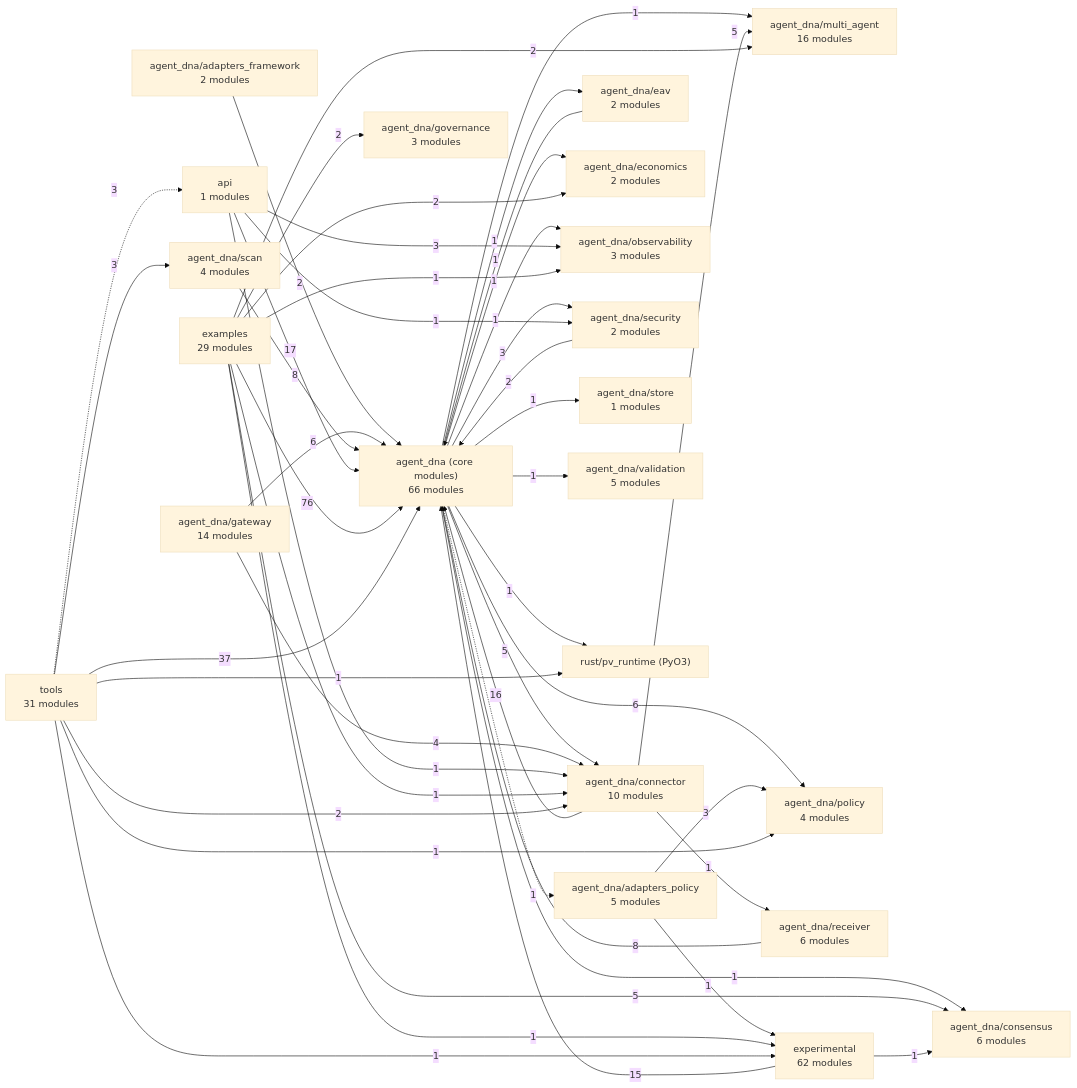
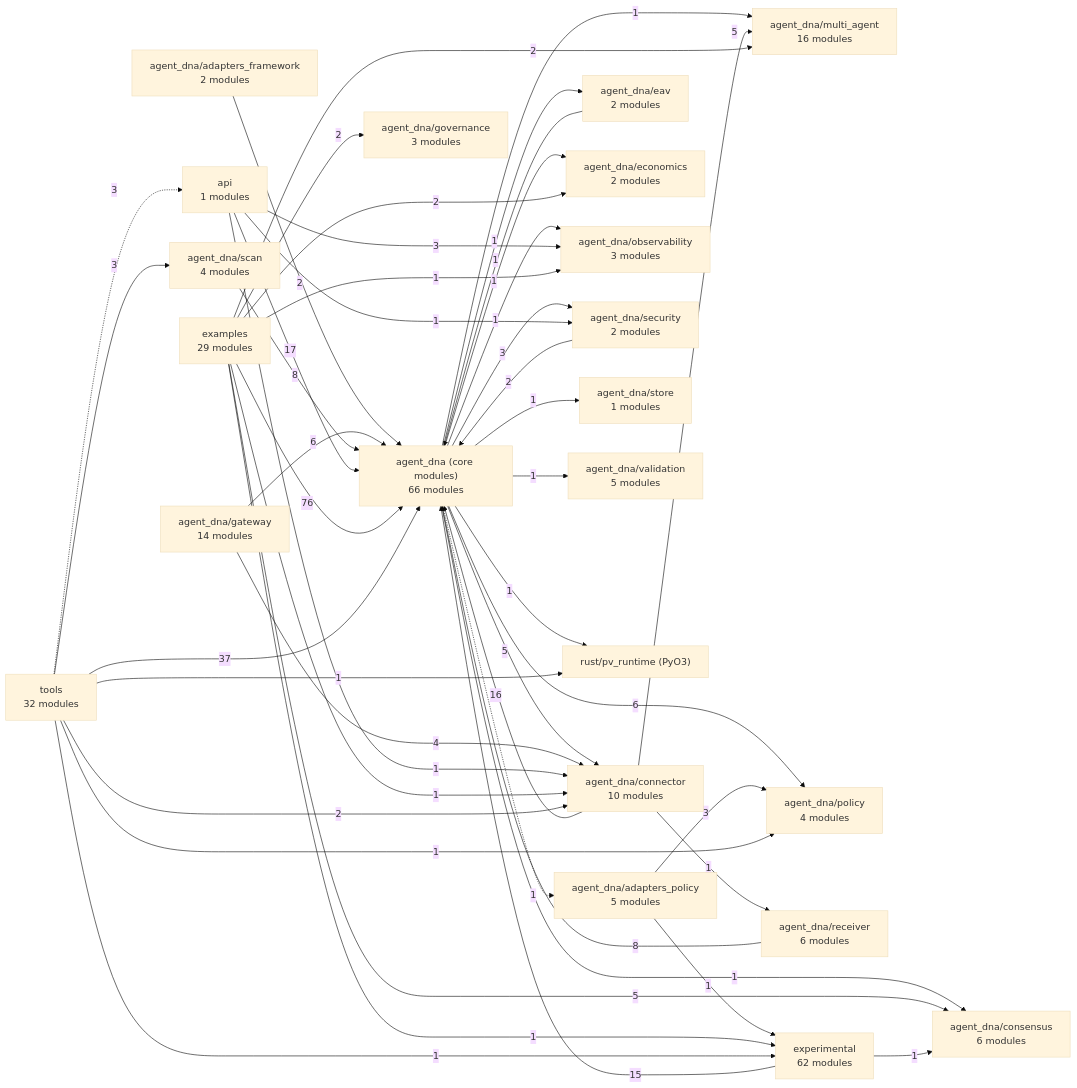
Before and after one commit to LOLA0786/privatevault-agent-dna: the diagram in docs/architecture/MAP.md, drawn with Mermaid (base theme). The commit also changed other lines of this file and 6 other files, not shown here.

````diff
--- a/docs/architecture/MAP.md
+++ b/docs/architecture/MAP.md
@@ -7,70 +7,70 @@
 ```mermaid
 flowchart LR
   n0["agent_dna (core modules)<br/>66 modules"]
   n1["agent_dna/adapters_framework<br/>2 modules"]
   n2["agent_dna/adapters_policy<br/>5 modules"]
   n3["agent_dna/connector<br/>10 modules"]
   n4["agent_dna/consensus<br/>6 modules"]
   n5["agent_dna/eav<br/>2 modules"]
   n6["agent_dna/economics<br/>2 modules"]
   n7["agent_dna/gateway<br/>14 modules"]
   n8["agent_dna/governance<br/>3 modules"]
   n9["agent_dna/multi_agent<br/>16 modules"]
   n10["agent_dna/observability<br/>3 modules"]
   n11["agent_dna/policy<br/>4 modules"]
   n12["agent_dna/receiver<br/>6 modules"]
   n13["agent_dna/scan<br/>4 modules"]
   n14["agent_dna/security<br/>2 modules"]
   n15["agent_dna/store<br/>1 modules"]
   n16["agent_dna/validation<br/>5 modules"]
   n17["api<br/>1 modules"]
   n18["examples<br/>29 modules"]
   n19["experimental<br/>62 modules"]
   n20["rust/pv_runtime (PyO3)"]
-  n21["tools<br/>31 modules"]
+  n21["tools<br/>32 modules"]
   n0 -.->|1| n2
   n0 -->|5| n3
   n0 -->|1| n4
   n0 -->|1| n5
   n0 -->|1| n6
   n0 -->|1| n9
   n0 -->|1| n10
   n0 -->|6| n11
   n0 -->|3| n14
   n0 -->|1| n15
   n0 -->|1| n16
   n0 -->|1| n20
   n1 -->|2| n0
   n2 -->|3| n11
   n2 -->|1| n19
   n3 -->|16| n0
   n3 -->|5| n9
   n3 -->|1| n12
   n5 -->|1| n0
   n7 -->|6| n0
   n7 -->|4| n3
   n12 -->|8| n0
   n13 -->|8| n0
   n14 -->|2| n0
   n17 -->|17| n0
   n17 -->|1| n3
   n17 -->|3| n10
   n17 -->|1| n14
   n18 -->|76| n0
   n18 -->|1| n3
   n18 -->|5| n4
   n18 -->|2| n6
   n18 -->|2| n8
   n18 -->|2| n9
   n18 -->|1| n10
   n18 -->|1| n19
   n19 -->|15| n0
   n19 -->|1| n4
   n21 -->|37| n0
   n21 -->|2| n3
   n21 -->|1| n11
   n21 -->|3| n13
   n21 -.->|3| n17
   n21 -->|1| n19
   n21 -->|1| n20
 ```
````
